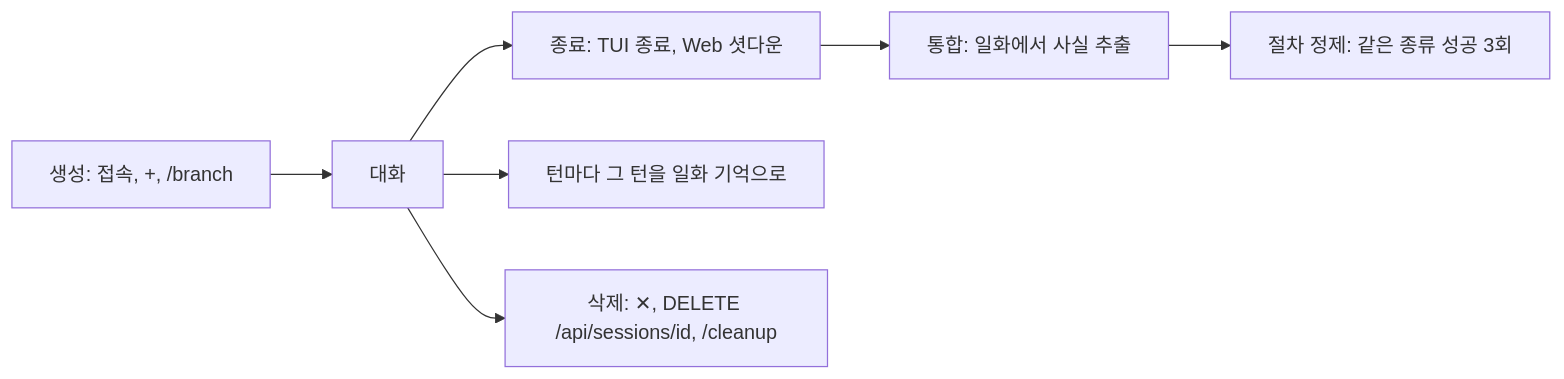
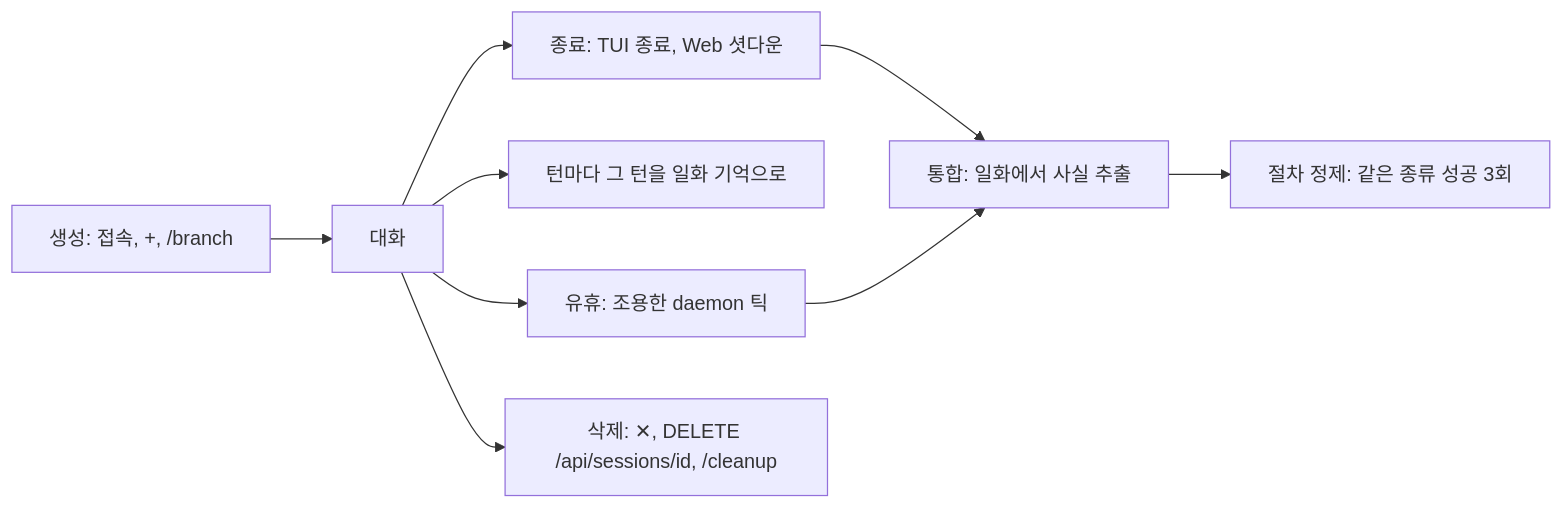
One commit to ash-hun/jarvis-agent changed the first of 2 diagrams in website/docs/concepts/conversation/sessions.md. Above: the diagram before and after it, drawn with Mermaid. The commit also changed other lines of this file and 58 other files, not shown here.

Commit message:
Docs: 명세, README, 문서 사이트를 지금 코드에 맞추고, figure 의 내용과 배치를 고친다

````diff
--- a/website/docs/concepts/conversation/sessions.md
+++ b/website/docs/concepts/conversation/sessions.md
@@ -42,9 +42,11 @@
 ```mermaid
 flowchart LR
   C[생성: 접속, +, /branch] --> A[대화]
   A --> E[종료: TUI 종료, Web 셧다운]
   A --> T[턴마다 그 턴을 일화 기억으로]
+  A --> I[유휴: 조용한 daemon 틱]
   E --> S2[통합: 일화에서 사실 추출]
+  I --> S2
   S2 --> S3[절차 정제: 같은 종류 성공 3회]
   A --> D[삭제: ✕, DELETE /api/sessions/id, /cleanup]
 ```
````
